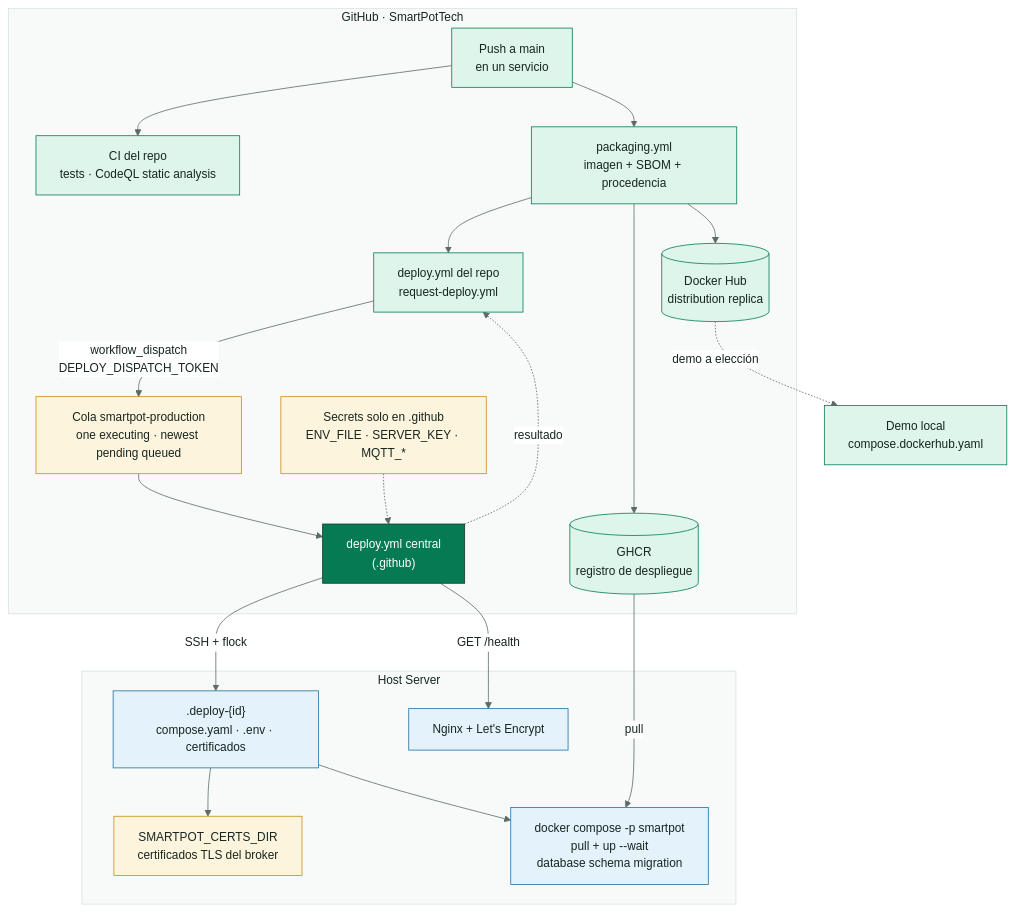
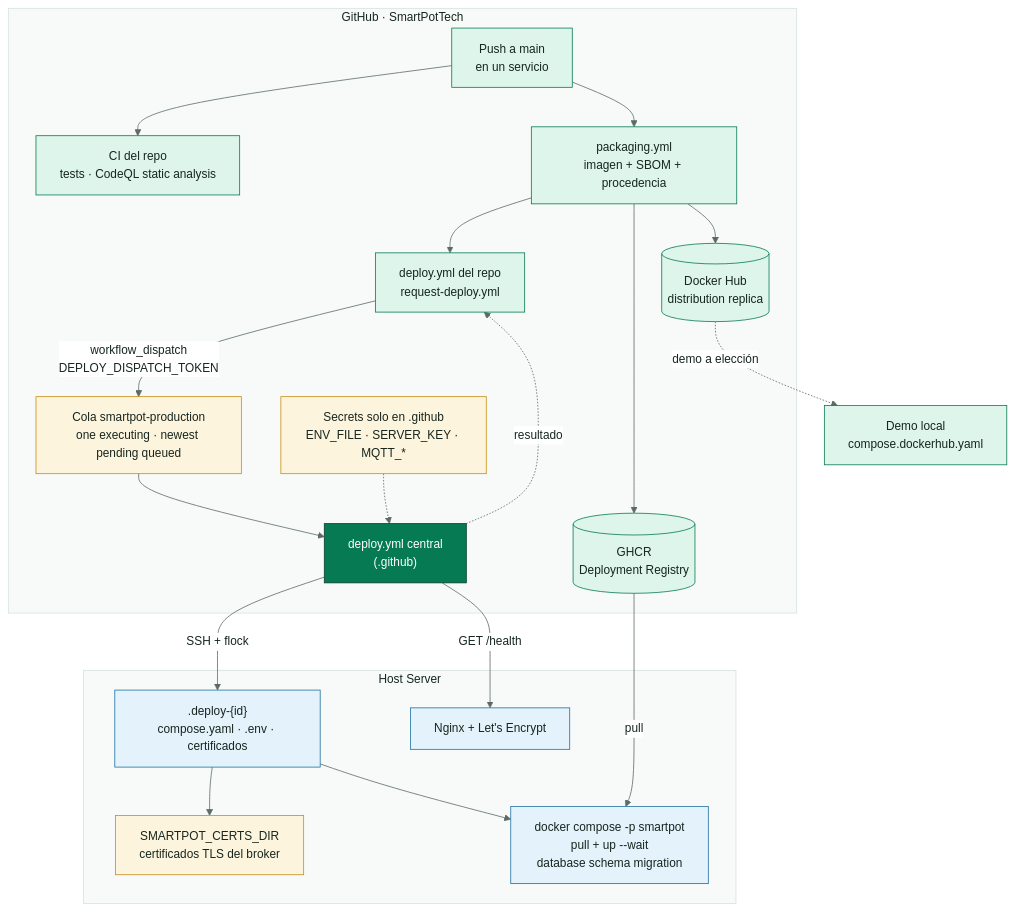
One commit to SmartPotTech/.github changed diagram 13 of 14 in docs/SmartPot_Technical_Documentation.md. Above: the diagram before and after it, drawn with Mermaid. The commit also changed other lines of this file and 78 other files, not shown here.

Commit message:
docs(architecture): update and standardize architecture diagrams via archify [skip deploy] #no-deploy

````diff
--- a/docs/SmartPot_Technical_Documentation.md
+++ b/docs/SmartPot_Technical_Documentation.md
@@ -717,35 +717,35 @@
 ```mermaid
 %%{init: {"theme": "base", "fontFamily": "Segoe UI, Arial, sans-serif", "themeVariables": {"fontFamily": "Segoe UI, Arial, sans-serif", "fontSize": "15px", "primaryColor": "#DDF5EA", "primaryTextColor": "#17261F", "primaryBorderColor": "#067A52", "secondaryColor": "#E3F2FB", "secondaryTextColor": "#17261F", "secondaryBorderColor": "#1F6FA0", "tertiaryColor": "#F2F7F4", "tertiaryTextColor": "#17261F", "tertiaryBorderColor": "#D5E3DC", "lineColor": "#5B6B63", "textColor": "#17261F", "mainBkg": "#DDF5EA", "nodeBorder": "#067A52", "clusterBkg": "#F7FAF8", "clusterBorder": "#D5E3DC", "edgeLabelBackground": "#FFFFFF", "actorBkg": "#067A52", "actorBorder": "#0B3D2B", "actorTextColor": "#FFFFFF", "actorLineColor": "#5B6B63", "signalColor": "#17261F", "signalTextColor": "#17261F", "labelBoxBkgColor": "#0B3D2B", "labelBoxBorderColor": "#0B3D2B", "labelTextColor": "#FFFFFF", "loopTextColor": "#0B3D2B", "noteBkgColor": "#FDF4DD", "noteBorderColor": "#C98D12", "noteTextColor": "#17261F", "activationBkgColor": "#DDF5EA", "activationBorderColor": "#067A52", "attributeBackgroundColorOdd": "#FFFFFF", "attributeBackgroundColorEven": "#F2F7F4"}}}%%
 flowchart TB
   subgraph github["GitHub · SmartPotTech"]
     repo["Push a main<br/>en un servicio"] --> ci["CI del repo<br/>tests · CodeQL static analysis"]
     repo --> pkg["packaging.yml<br/>imagen + SBOM + procedencia"]
-    pkg --> ghcr[("GHCR<br/>registro de despliegue")]
+    pkg --> ghcr[("GHCR<br/>Deployment Registry")]
     pkg --> hub[("Docker Hub<br/>distribution replica")]
     pkg --> dep["deploy.yml del repo<br/>request-deploy.yml"]
     dep -->|"workflow_dispatch<br/>DEPLOY_DISPATCH_TOKEN"| queue["Cola smartpot-production<br/>one executing · newest pending queued"]
     queue --> central["deploy.yml central<br/>(.github)"]
     central -.->|"resultado"| dep
     secrets["Secrets solo en .github<br/>ENV_FILE · SERVER_KEY · MQTT_*"] -.-> central
   end
-  subgraph servidor["Host Server"]
+  subgraph server["Host Server"]
     stage[".deploy-{id}<br/>compose.yaml · .env · certificados"]
     certs["SMARTPOT_CERTS_DIR<br/>certificados TLS del broker"]
     compose["docker compose -p smartpot<br/>pull + up --wait<br/>database schema migration"]
     nginx["Nginx + Let's Encrypt"]
   end
   central -->|"SSH + flock"| stage
   stage --> certs
   stage --> compose
   ghcr -->|"pull"| compose
   hub -.->|"demo a elección"| demo["Demo local<br/>compose.dockerhub.yaml"]
   central -->|"GET /health"| nginx
   classDef gh fill:#DDF5EA,stroke:#067A52,color:#17261F
   classDef key fill:#FDF4DD,stroke:#C98D12,color:#17261F
   classDef srv fill:#E3F2FB,stroke:#1F6FA0,color:#17261F
   classDef core fill:#067A52,stroke:#0B3D2B,color:#FFFFFF
   class repo,ci,pkg,dep,demo gh
   class central core
   class secrets,certs,queue key
   class stage,compose,nginx srv
 ```
````
